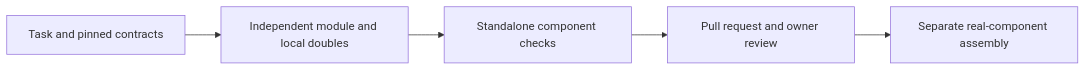
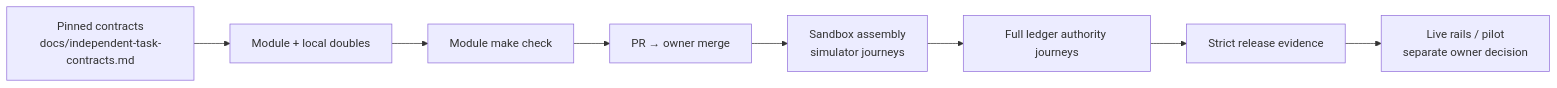
Before and after one commit to Dijo-404/sentinel: the third of 3 diagrams in README.md, drawn with Mermaid. The commit also changed other lines of this file and 1 other file, not shown here.

First line of the commit message:
docs(readme): money-path diagrams and honest evidence ladder (#97)

````diff
--- a/README.md
+++ b/README.md
@@ -117,7 +96,10 @@
 ```mermaid
 flowchart LR
-    A[Task and pinned contracts] --> B[Independent module and local doubles]
-    B --> C[Standalone component checks]
-    C --> D[Pull request and owner review]
-    D --> E[Separate real-component assembly]
+    A[Pinned contracts<br/>docs/independent-task-contracts.md] --> B[Module + local doubles]
+    B --> C["Module make check"]
+    C --> D[PR → owner merge]
+    D --> E[Sandbox assembly<br/>simulator journeys]
+    E --> F[Full ledger authority journeys]
+    F --> G[Strict release evidence]
+    G --> H[Live rails / pilot<br/>separate owner decision]
 ```
````
